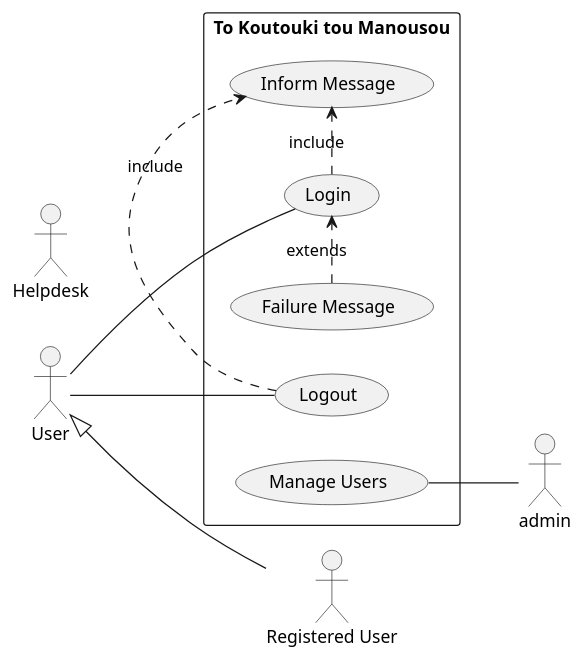
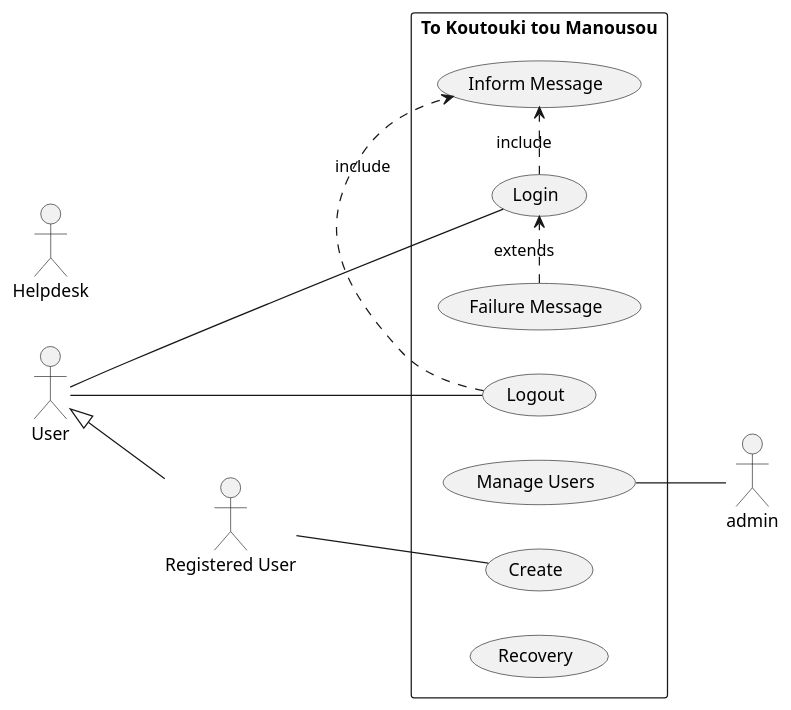
One commit to softwareDesign24/collaborateUML-ucd changed the diagram in use-case.puml. Above: the diagram before and after it, drawn with PlantUML.

Commit message:
Update use-case.puml
Altanh-Xristiana

```diff
--- a/use-case.puml
+++ b/use-case.puml
@@ -1,84 +1,85 @@
 @startuml
 
 left to right direction
 
 actor "User" as usr
 actor "Helpdesk" as hlpdsk
 actor "Registered User" as r_usr
 usr <|-- r_usr
 
 rectangle "To Koutouki tou Manousou" {
   usecase "Login" as UC1
   usecase "Logout" as UC2
   usecase "Manage Users" as UC3
   usecase "Inform Message" as UC4
   usecase "Failure Message" as UC5
 
 
 
 
 
-
+   usecase "Create" as UC13
+   usecase "Recovery" as UC14
 
 
 
 
 
 
 
 
 
 
 
 }
 
 usr -- UC1
 usr -- UC2
 admin -up- UC3
 
 
 
 
-
+r_usr -- UC13
 
 
 
 
 
 
 
 
 
 
 
 
 
 
 
 
 
 UC1 .> UC4 : include
 UC2 .> UC4 : include
 UC5 .> UC1 : extends
 
 
 
 
 
 
 
 
 
 
 
 
 
 
 
 
 
 
 
 
 
 @enduml
```
